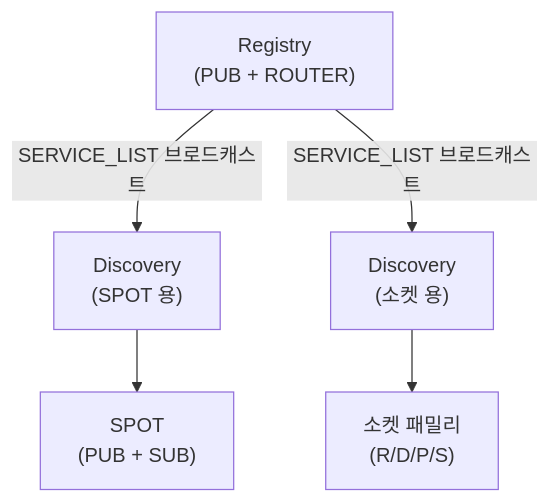
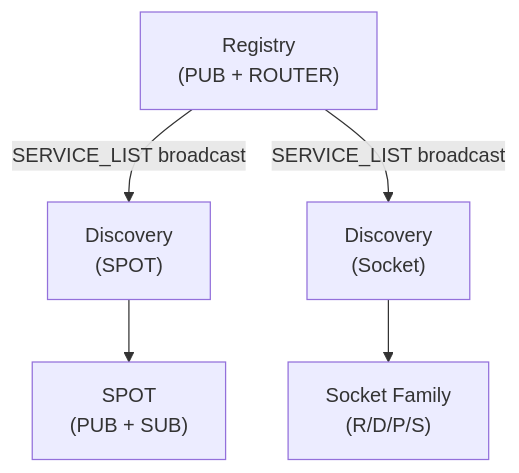
One commit to kairos-code-dev/zlink changed the third of 3 diagrams in doc/guide/07-0-services.ko.md. Above: the diagram before and after it, drawn with Mermaid. The commit also changed other lines of this file and 53 other files, not shown here.

````diff
--- a/doc/guide/07-0-services.ko.md
+++ b/doc/guide/07-0-services.ko.md
@@ -144,8 +144,8 @@
 ```mermaid
 flowchart TB
     R["Registry<br/>(PUB + ROUTER)"]
-    R -- "SERVICE_LIST 브로드캐스트" --> D1["Discovery<br/>(SPOT 용)"]
-    R -- "SERVICE_LIST 브로드캐스트" --> D2["Discovery<br/>(소켓 용)"]
+    R -- "SERVICE_LIST broadcast" --> D1["Discovery<br/>(SPOT)"]
+    R -- "SERVICE_LIST broadcast" --> D2["Discovery<br/>(Socket)"]
     D1 --> S1["SPOT<br/>(PUB + SUB)"]
-    D2 --> S2["소켓 패밀리<br/>(R/D/P/S)"]
+    D2 --> S2["Socket Family<br/>(R/D/P/S)"]
 ```
````
